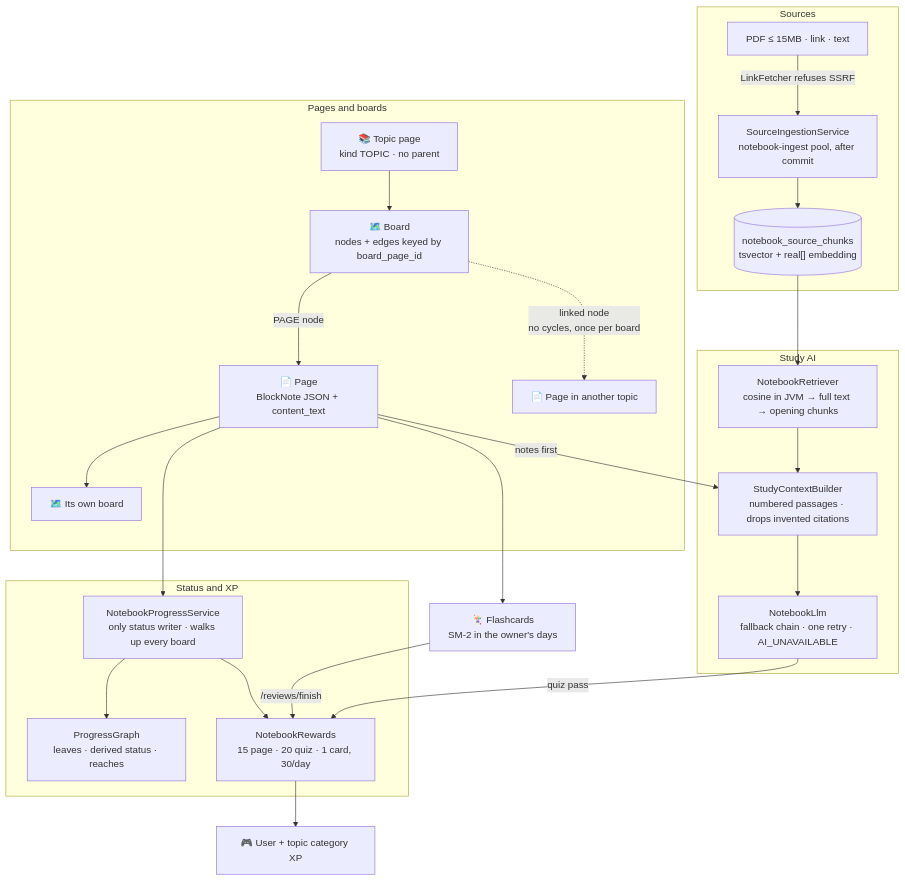
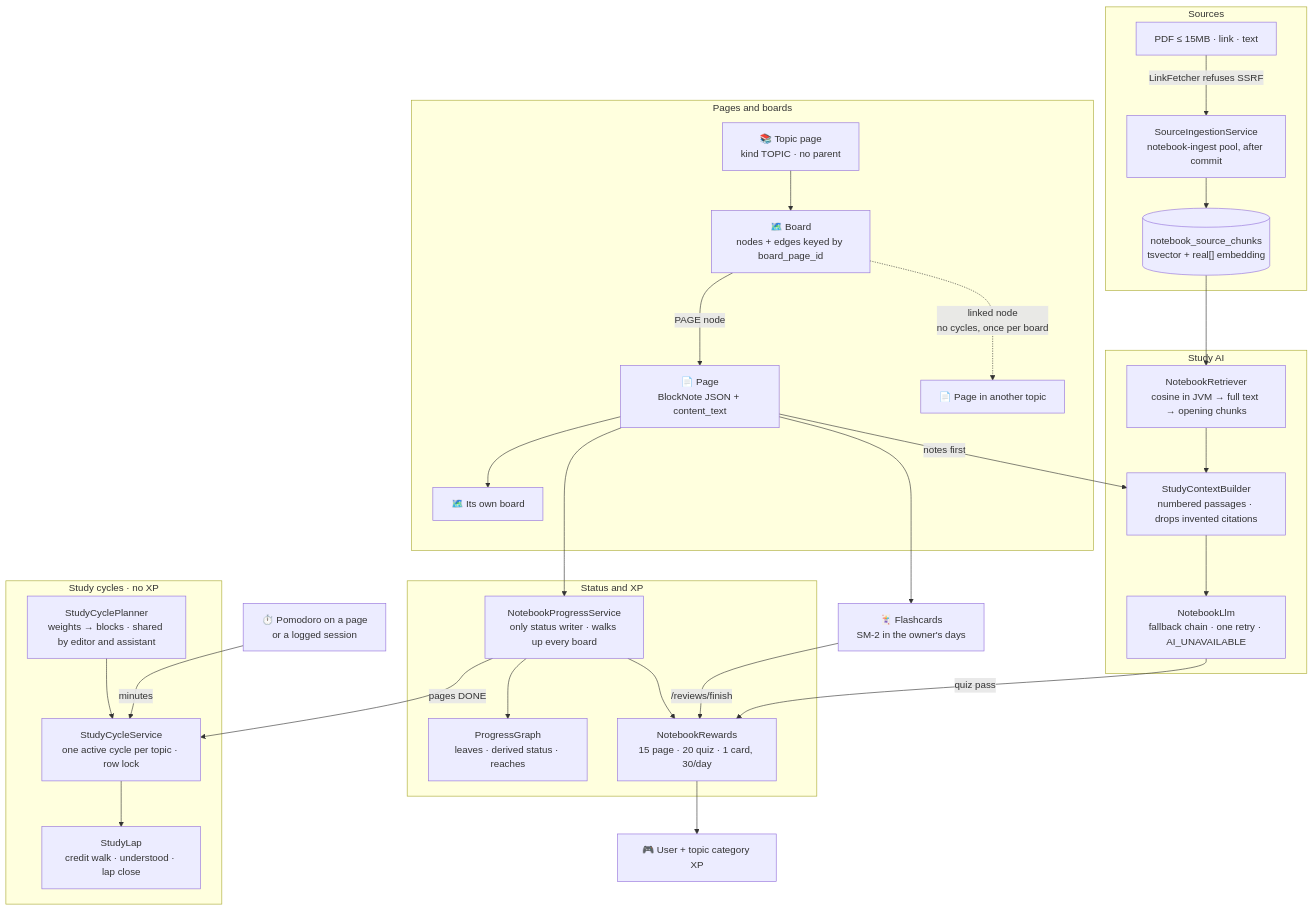
Before and after one commit to AndDev741/Beyou-arch-design: the diagram in architecture/study-notebook/diagram.mmd, drawn with Mermaid. The commit also changed 33 other files, not shown here.

```diff
--- a/architecture/study-notebook/diagram.mmd
+++ b/architecture/study-notebook/diagram.mmd
@@ -1,40 +1,51 @@
 flowchart TD
   subgraph model["Pages and boards"]
     TOPIC["📚 Topic page<br/>kind TOPIC · no parent"]
     PAGE["📄 Page<br/>BlockNote JSON + content_text"]
     BOARD["🗺️ Board<br/>nodes + edges keyed by board_page_id"]
     TOPIC --> BOARD
     BOARD -->|"PAGE node"| PAGE
     BOARD -.->|"linked node<br/>no cycles, once per board"| OTHER["📄 Page in another topic"]
     PAGE --> SUB["🗺️ Its own board"]
   end
 
   subgraph rules["Status and XP"]
     PROG["NotebookProgressService<br/>only status writer · walks up every board"]
     GRAPH["ProgressGraph<br/>leaves · derived status · reaches"]
     REW["NotebookRewards<br/>15 page · 20 quiz · 1 card, 30/day"]
     PROG --> GRAPH
     PROG --> REW
   end
 
   subgraph sources["Sources"]
     ADD["PDF ≤ 15MB · link · text"]
     INGEST["SourceIngestionService<br/>notebook-ingest pool, after commit"]
     CHUNKS[("notebook_source_chunks<br/>tsvector + real[] embedding")]
     ADD -->|"LinkFetcher refuses SSRF"| INGEST
     INGEST --> CHUNKS
   end
 
   subgraph ai["Study AI"]
     RET["NotebookRetriever<br/>cosine in JVM → full text → opening chunks"]
     CTX["StudyContextBuilder<br/>numbered passages · drops invented citations"]
     LLM["NotebookLlm<br/>fallback chain · one retry · AI_UNAVAILABLE"]
     CHUNKS --> RET --> CTX --> LLM
   end
 
   PAGE --> PROG
   PAGE -->|"notes first"| CTX
   PAGE --> CARDS["🃏 Flashcards<br/>SM-2 in the owner's days"]
   CARDS -->|"/reviews/finish"| REW
   LLM -->|"quiz pass"| REW
   REW --> XP["🎮 User + topic category XP"]
+
+  subgraph cycles["Study cycles · no XP"]
+    CYC["StudyCycleService<br/>one active cycle per topic · row lock"]
+    LAP["StudyLap<br/>credit walk · understood · lap close"]
+    PLAN["StudyCyclePlanner<br/>weights → blocks · shared by editor and assistant"]
+    CYC --> LAP
+    PLAN --> CYC
+  end
+
+  POMO["⏱️ Pomodoro on a page<br/>or a logged session"] -->|"minutes"| CYC
+  PROG -->|"pages DONE"| CYC
```
